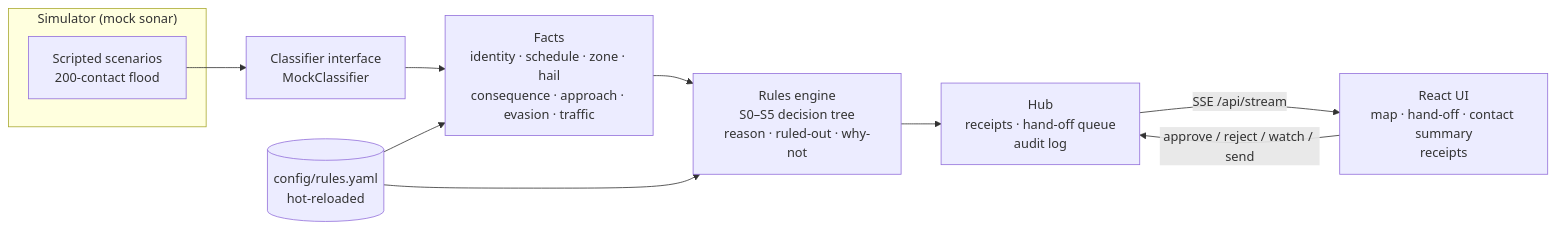
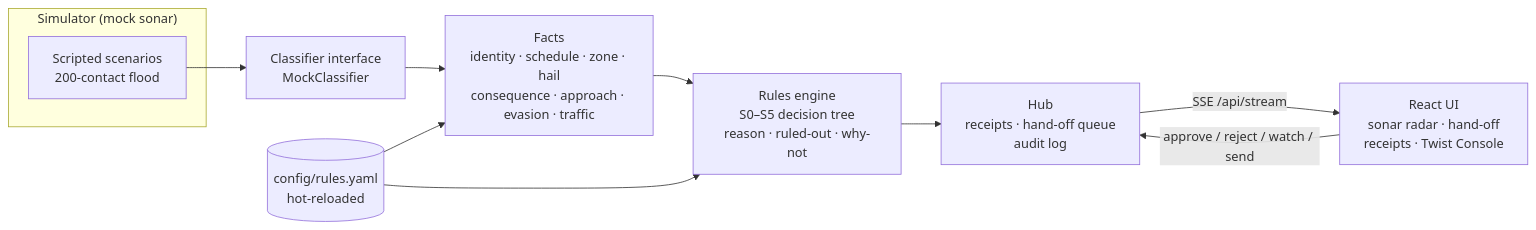
One commit to kaushik-lankoji/quietwater changed the first of 2 diagrams in README.md. Above: the diagram before and after it, drawn with Mermaid. The commit also changed other lines of this file and 1 other file, not shown here.

Commit message:
Update README and demo script for the radar UI

````diff
--- a/README.md
+++ b/README.md
@@ -43,14 +45,14 @@
 ```mermaid
 flowchart LR
   subgraph SIM["Simulator (mock sonar)"]
     SC["Scripted scenarios<br/>200-contact flood"]
   end
   SC --> CL["Classifier interface<br/>MockClassifier"]
   CL --> FA["Facts<br/>identity · schedule · zone · hail<br/>consequence · approach · evasion · traffic"]
   RY[("config/rules.yaml<br/>hot-reloaded")] --> FA
   RY --> EN
   FA --> EN["Rules engine<br/>S0–S5 decision tree<br/>reason · ruled-out · why-not"]
   EN --> HUB["Hub<br/>receipts · hand-off queue<br/>audit log"]
-  HUB -- "SSE /api/stream" --> UI["React UI<br/>map · hand-off · contact summary<br/>receipts"]
+  HUB -- "SSE /api/stream" --> UI["React UI<br/>sonar radar · hand-off<br/>receipts · Twist Console"]
   UI -- "approve / reject / watch / send" --> HUB
 ```
````
